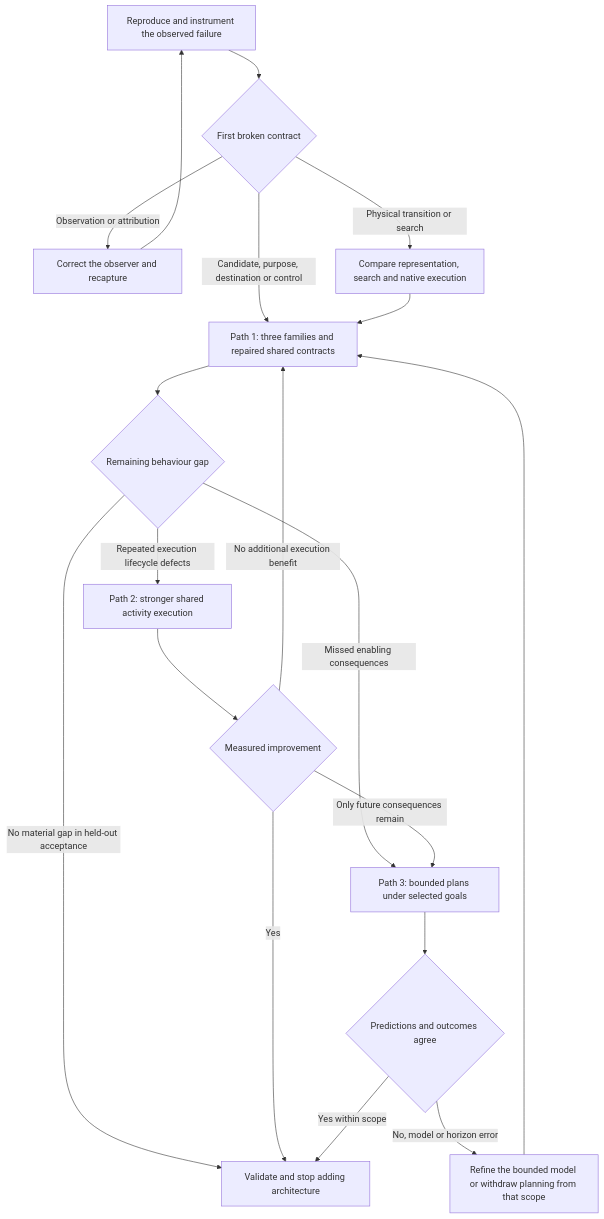
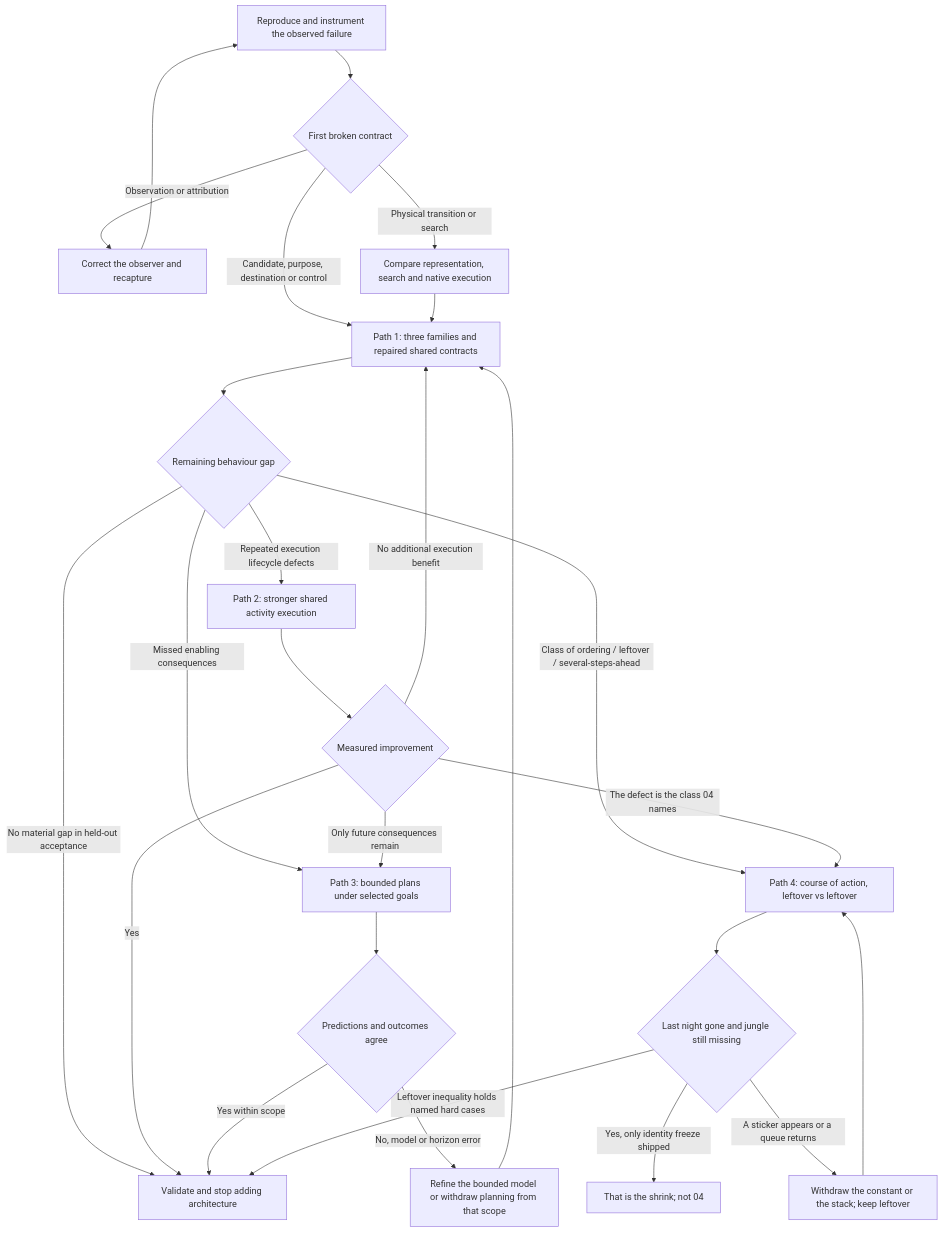
The diagram in research/proposal/CLAUDE.md (Capataina/AICompanion), drawn with Mermaid before and after one commit. The commit also changed other lines of this file and 4 other files, not shown here.

````diff
--- a/research/proposal/CLAUDE.md
+++ b/research/proposal/CLAUDE.md
@@ -50,21 +95,28 @@
 ```mermaid
 flowchart TD
     A[Reproduce and instrument the observed failure] --> B{First broken contract}
     B -->|Observation or attribution| O[Correct the observer and recapture]
     O --> A
     B -->|Candidate, purpose, destination or control| P1[Path 1: three families and repaired shared contracts]
     B -->|Physical transition or search| N[Compare representation, search and native execution]
     N --> P1
     P1 --> C{Remaining behaviour gap}
     C -->|No material gap in held-out acceptance| V[Validate and stop adding architecture]
     C -->|Repeated execution lifecycle defects| P2[Path 2: stronger shared activity execution]
     C -->|Missed enabling consequences| P3[Path 3: bounded plans under selected goals]
+    C -->|Class of ordering / leftover / several-steps-ahead| P4[Path 4: course of action, leftover vs leftover]
     P2 --> D{Measured improvement}
     D -->|Yes| V
     D -->|No additional execution benefit| P1
     D -->|Only future consequences remain| P3
+    D -->|The defect is the class 04 names| P4
     P3 --> E{Predictions and outcomes agree}
     E -->|Yes within scope| V
     E -->|No, model or horizon error| R[Refine the bounded model or withdraw planning from that scope]
     R --> P1
+    P4 --> F{Last night gone and jungle still missing}
+    F -->|Yes, only identity freeze shipped| X[That is the shrink; not 04]
+    F -->|Leftover inequality holds named hard cases| V
+    F -->|A sticker appears or a queue returns| R4[Withdraw the constant or the stack; keep leftover]
+    R4 --> P4
 ```
````
